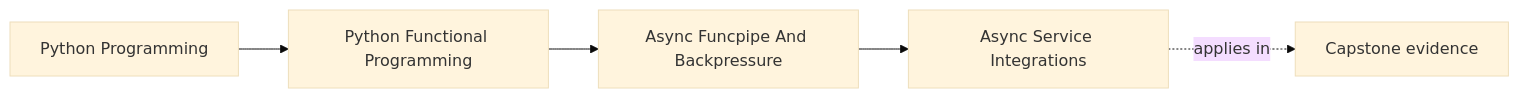
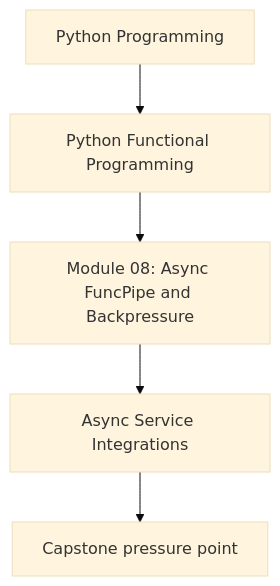
One commit to bijux/bijux-masterclass changed the first of 2 diagrams in programs/python-programming/python-functional-programming/course-book/module-08-async-funcpipe-and-backpressure/async-service-integrations.md. Above: the diagram before and after it, drawn with Mermaid (base theme). The commit also changed other lines of this file and 118 other files, not shown here.

Commit message:
docs(python-functional-programming): align concept page diagrams

````diff
--- a/programs/python-programming/python-functional-programming/course-book/module-08-async-funcpipe-and-backpressure/async-service-integrations.md
+++ b/programs/python-programming/python-functional-programming/course-book/module-08-async-funcpipe-and-backpressure/async-service-integrations.md
@@ -7,11 +7,7 @@
 ```mermaid
-graph LR
-  family["Python Programming"]
-  program["Python Functional Programming"]
-  section["Async Funcpipe And Backpressure"]
-  page["Async Service Integrations"]
-  capstone["Capstone evidence"]
-
-  family --> program --> section --> page
-  page -.applies in.-> capstone
+flowchart TD
+  family["Python Programming"] --> program["Python Functional Programming"]
+  program --> module["Module 08: Async FuncPipe and Backpressure"]
+  module --> concept["Async Service Integrations"]
+  concept --> capstone["Capstone pressure point"]
 ```
````
